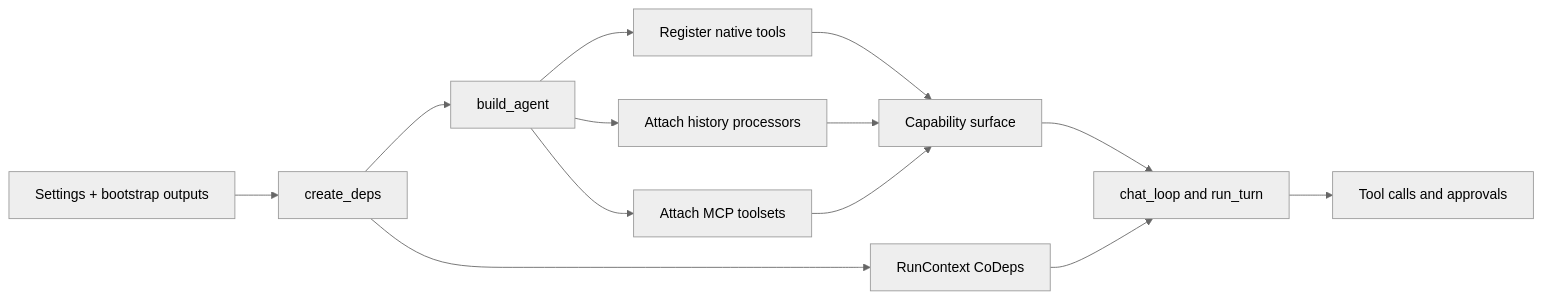
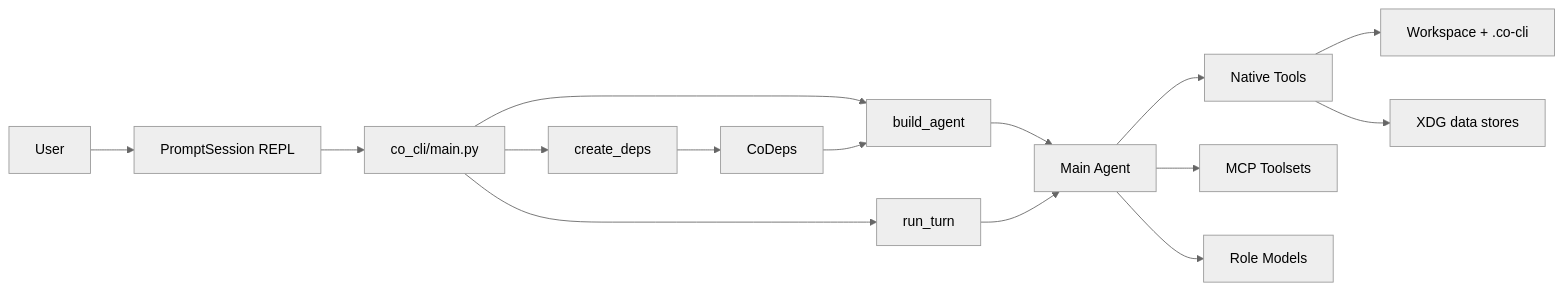
One commit to binlecode/co-cli changed the diagram in docs/DESIGN-system.md. Above: the diagram before and after it, drawn with Mermaid (neutral theme). The commit also changed other lines of this file and 31 other files, not shown here.

````diff
--- a/docs/DESIGN-system.md
+++ b/docs/DESIGN-system.md
@@ -133,15 +13,17 @@
 ```mermaid
 flowchart LR
-    A[Settings + bootstrap outputs] --> B[create_deps]
-    B --> C[build_agent]
-    C --> D[Register native tools]
-    C --> E[Attach history processors]
-    C --> F[Attach MCP toolsets]
-    D --> G[Capability surface]
-    E --> G
-    F --> G
-    B --> H[RunContext CoDeps]
-    G --> I[chat_loop and run_turn]
-    H --> I
-    I --> J[Tool calls and approvals]
+    User[User] --> REPL[PromptSession REPL]
+    REPL --> Main[co_cli/main.py]
+    Main --> Bootstrap[create_deps]
+    Bootstrap --> Deps[CoDeps]
+    Main --> AgentFactory[build_agent]
+    Deps --> AgentFactory
+    AgentFactory --> Agent[Main Agent]
+    Agent --> Tools[Native Tools]
+    Agent --> MCP[MCP Toolsets]
+    Agent --> Models[Role Models]
+    Tools --> Workspace[Workspace + .co-cli]
+    Tools --> Data[XDG data stores]
+    Main --> Loop[run_turn]
+    Loop --> Agent
 ```
````
